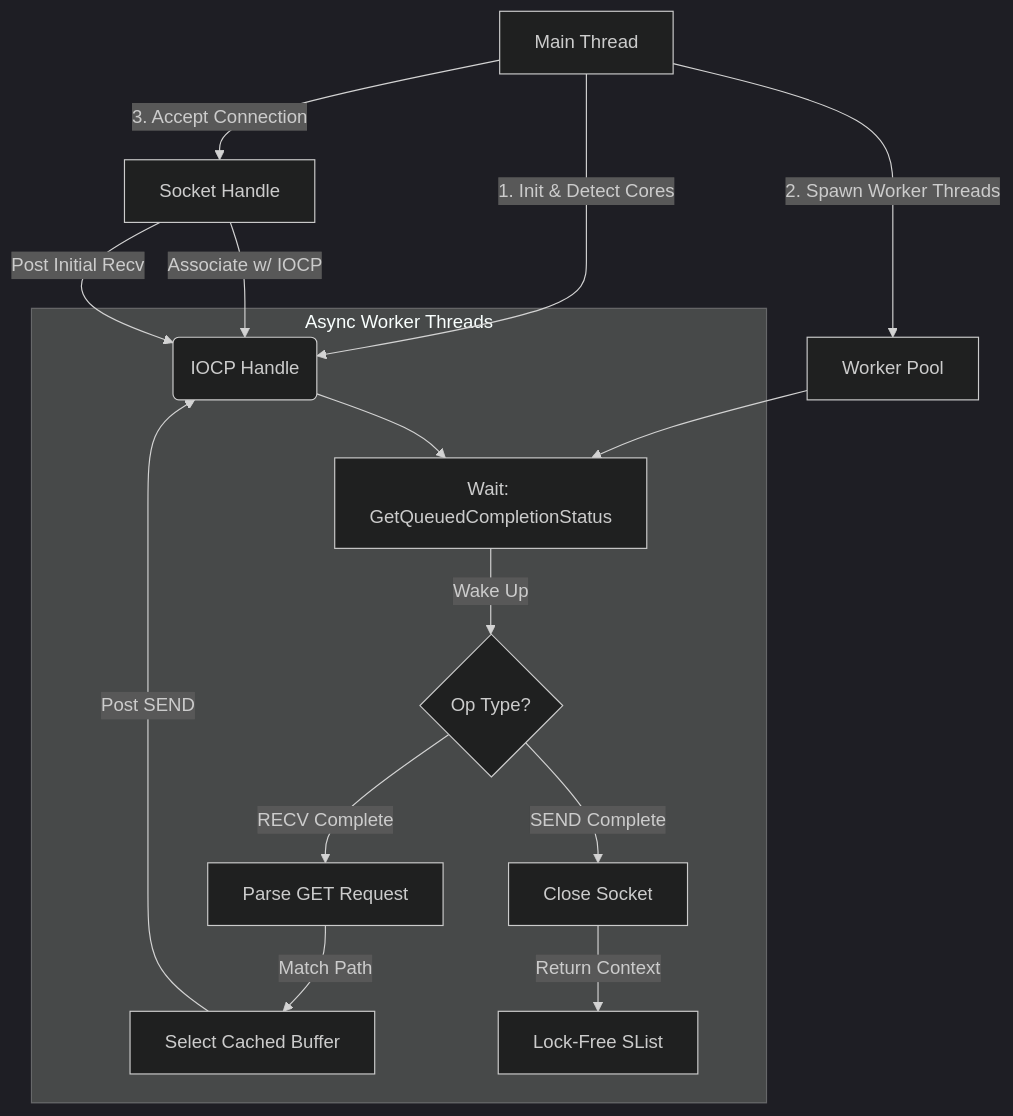
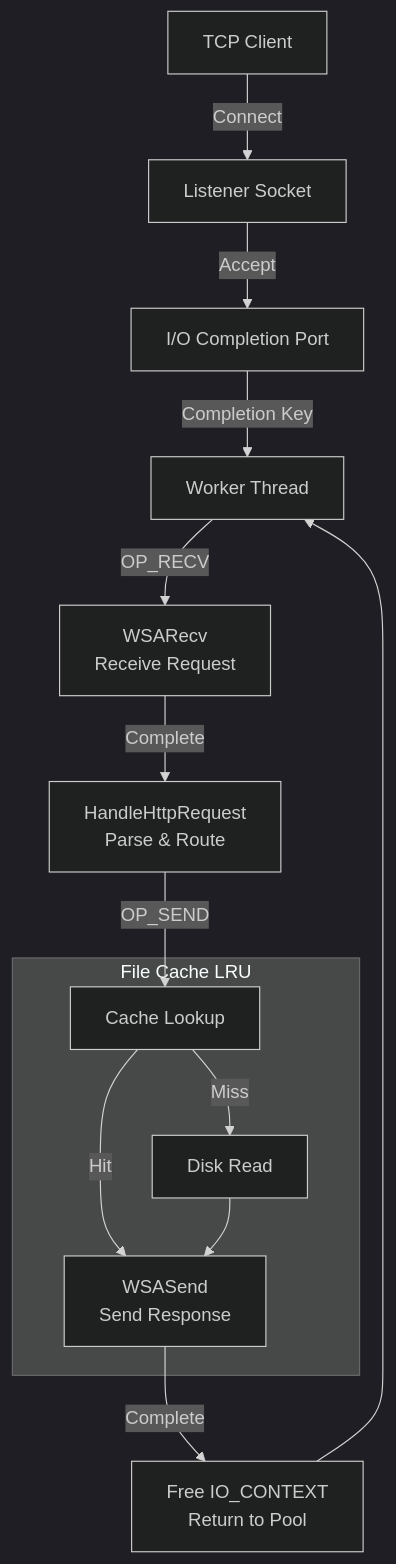
Before and after one commit to Deadlici0us/Win64-httpdLite: the diagram in README.md, drawn with Mermaid (dark theme). The commit also changed other lines of this file, not shown here.

Commit message:
docs(readme): rewrite with HTTP reference and lifecycle diagram

````diff
--- a/README.md
+++ b/README.md
@@ -34,21 +61,16 @@
 ```mermaid
-graph TD
-    A[Main Thread] -->|1. Init & Detect Cores| B(IOCP Handle)
-    A -->|2. Spawn Worker Threads| C[Worker Pool]
-    A -->|3. Accept Connection| D[Socket Handle]
-    
-    D -->|Associate w/ IOCP| B
-    D -->|Post Initial Recv| B
-    
-    subgraph Worker Pool [Async Worker Threads]
-    F[Wait: GetQueuedCompletionStatus] -->|Wake Up| G{Op Type?}
-    G -->|RECV Complete| H[Parse GET Request]
-    H -->|Match Path| I[Select Cached Buffer]
-    I -->|Post SEND| B
-    G -->|SEND Complete| J[Close Socket]
-    J -->|Return Context| K[Lock-Free SList]
+flowchart TD
+    Client[TCP Client] -->|Connect| Listener[Listener Socket]
+    Listener -->|Accept| IOCP["I/O Completion Port"]
+    IOCP -->|Completion Key| Worker[Worker Thread]
+    Worker -->|OP_RECV| Recv[WSARecv<br/>Receive Request]
+    Recv -->|Complete| Handler[HandleHttpRequest<br/>Parse & Route]
+    Handler -->|OP_SEND| Lookup[Cache Lookup]
+    subgraph Cache["File Cache LRU"]
+        Lookup -->|Hit| Send[WSASend<br/>Send Response]
+        Lookup -->|Miss| Dir[Disk Read]
+        Dir --> Send
     end
-    
-    C --> F
-    B --> F
+    Send -->|Complete| Cleanup[Free IO_CONTEXT<br/>Return to Pool]
+    Cleanup --> Worker
 ```
````
